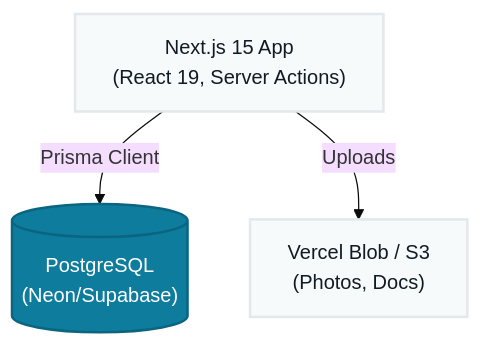
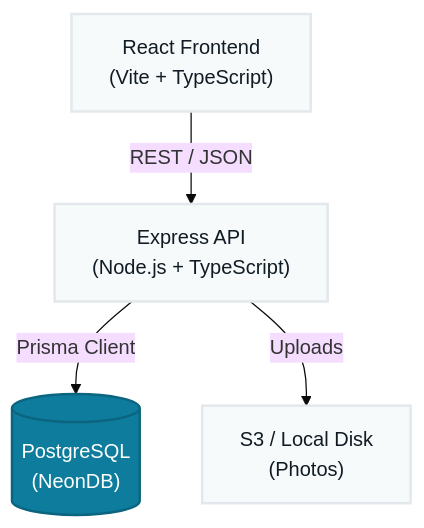
Before and after one commit to ehtisham-hashim/AquaSphere: the first of 5 diagrams in context/architecture.md, drawn with Mermaid (base theme). The commit also changed other lines of this file and 4 other files, not shown here.

Commit message:
update the tech stack and architecture

````diff
--- a/context/architecture.md
+++ b/context/architecture.md
@@ -11,8 +11,9 @@
 ```mermaid
 graph TD
-    A["Next.js 15 App<br>(React 19, Server Actions)"] -->|Prisma Client| B[("PostgreSQL<br>(Neon/Supabase)")]
-    A -->|Uploads| C["Vercel Blob / S3<br>(Photos, Docs)"]
+    A["React Frontend<br>(Vite + TypeScript)"] -->|REST / JSON| B["Express API<br>(Node.js + TypeScript)"]
+    B -->|Prisma Client| C[("PostgreSQL<br>(NeonDB)")]
+    B -->|Uploads| D["S3 / Local Disk<br>(Photos)"]
     classDef default fill:#F7FAFB,stroke:#E2E8EC,stroke-width:2px,color:#101B24;
     classDef db fill:#0E7C9C,stroke:#0B6580,stroke-width:2px,color:#FFFFFF;
-    class B db;
+    class C db;
 ```
````
